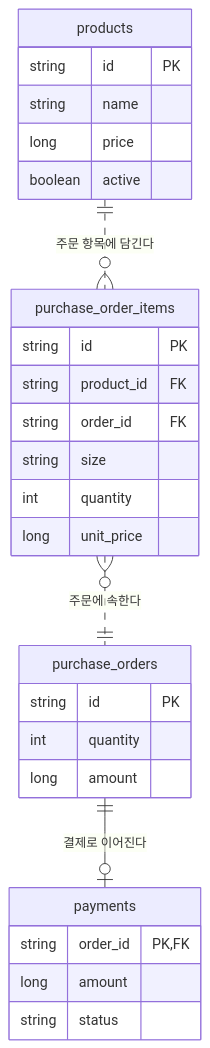
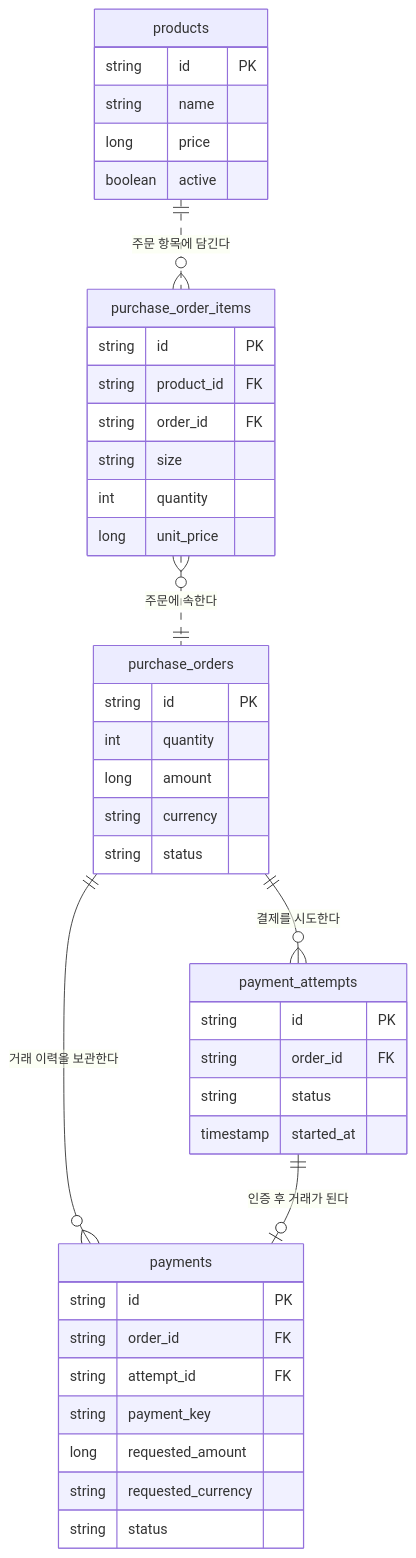
The diagram in docs/shop-domain.md (lee-gimoon/payment-service), drawn with Mermaid before and after one commit. The commit also changed other lines of this file and 48 other files, not shown here.

Commit message:
Build storefront checkout flow and payment attempt history

````diff
--- a/docs/shop-domain.md
+++ b/docs/shop-domain.md
@@ -5,32 +5,46 @@
 ```mermaid
 erDiagram
     direction TB
     products ||..o{ purchase_order_items : "주문 항목에 담긴다"
     purchase_order_items }o..|| purchase_orders : "주문에 속한다"
-    purchase_orders ||--o| payments : "결제로 이어진다"
+    purchase_orders ||--o{ payment_attempts : "결제를 시도한다"
+    purchase_orders ||--o{ payments : "거래 이력을 보관한다"
+    payment_attempts ||--o| payments : "인증 후 거래가 된다"
 
     products {
         string id PK
         string name
         long price
         boolean active
     }
     purchase_order_items {
         string id PK
         string product_id FK
         string order_id FK
         string size
         int quantity
         long unit_price
     }
     purchase_orders {
         string id PK
         int quantity
         long amount
+        string currency
+        string status
+    }
+    payment_attempts {
+        string id PK
+        string order_id FK
+        string status
+        timestamp started_at
     }
     payments {
-        string order_id PK,FK
-        long amount
+        string id PK
+        string order_id FK
+        string attempt_id FK
+        string payment_key
+        long requested_amount
+        string requested_currency
         string status
     }
 ```
````
